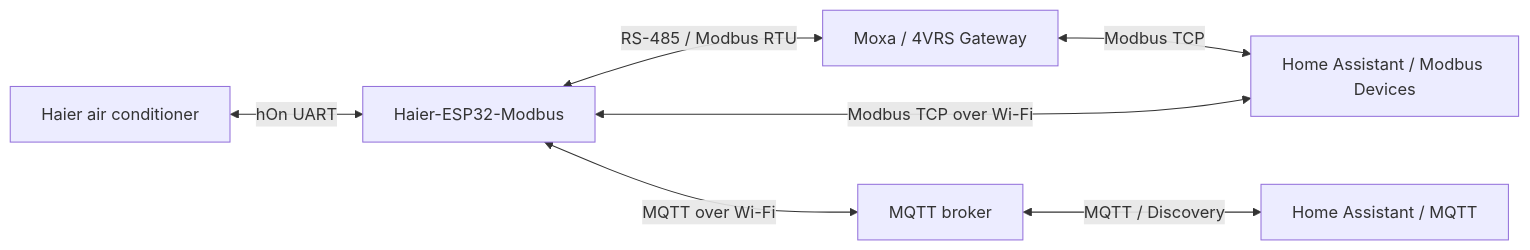
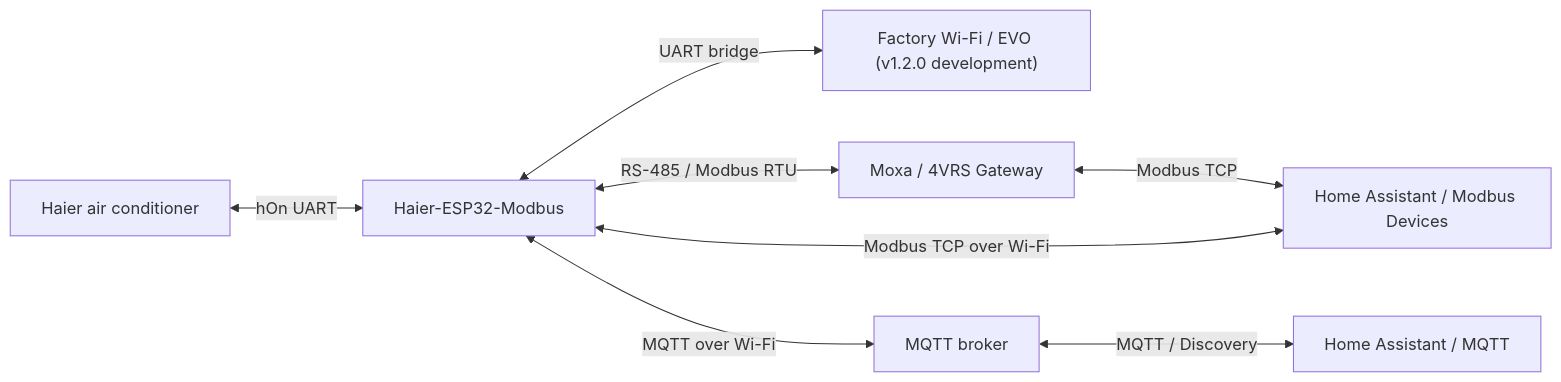
The diagram in README.md (dk-1983/Haier-ESP32-Modbus), drawn with Mermaid before and after one commit. The commit also changed other lines of this file and 29 other files, not shown here.

Commit message:
Add Haier factory UART bridge and prepare v1.2.0 public build

````diff
--- a/README.md
+++ b/README.md
@@ -142,9 +161,10 @@
 ```mermaid
 flowchart LR
   AC["Haier air conditioner"] <-->|"hOn UART"| ESP["Haier-ESP32-Modbus"]
+  ESP <-->|"UART bridge"| FACTORY["Factory Wi-Fi / EVO (v1.2.0 development)"]
   ESP <-->|"RS-485 / Modbus RTU"| MOXA["Moxa / 4VRS Gateway"]
   MOXA <-->|"Modbus TCP"| HA["Home Assistant / Modbus Devices"]
   ESP <-->|"Modbus TCP over Wi-Fi"| HA
   ESP <-->|"MQTT over Wi-Fi"| BROKER["MQTT broker"]
   BROKER <-->|"MQTT / Discovery"| HAMQTT["Home Assistant / MQTT"]
 ```
````
